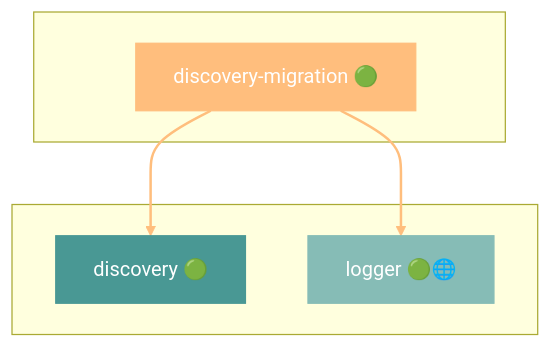
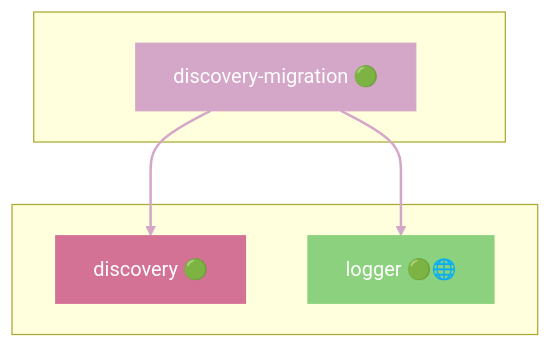
One commit to grest-ts/grest-ts changed diagram 19 of 48 in docs/DEPENDENCIES.md. Above: the diagram before and after it, drawn with Mermaid. The commit also changed other lines of this file and 62 other files, not shown here.

````diff
--- a/docs/DEPENDENCIES.md
+++ b/docs/DEPENDENCIES.md
@@ -1039,17 +1079,17 @@
 ```mermaid
 flowchart TB
     subgraph Package[" "]
         discovery-migration["discovery-migration 🟢"]
     end
     subgraph Dependencies[" "]
         discovery["discovery 🟢"]
         logger["logger 🟢🌐"]
     end
     discovery-migration --> discovery
     discovery-migration --> logger
-    style discovery-migration fill:#FFBE7D,stroke:#FFBE7D,color:#fff
-    style discovery fill:#499894,stroke:#499894,color:#fff
-    style logger fill:#86BCB6,stroke:#86BCB6,color:#fff
-    linkStyle 0 stroke:#FFBE7D,stroke-width:2px
-    linkStyle 1 stroke:#FFBE7D,stroke-width:2px
+    style discovery-migration fill:#D4A6C8,stroke:#D4A6C8,color:#fff
+    style discovery fill:#D37295,stroke:#D37295,color:#fff
+    style logger fill:#8CD17D,stroke:#8CD17D,color:#fff
+    linkStyle 0 stroke:#D4A6C8,stroke-width:2px
+    linkStyle 1 stroke:#D4A6C8,stroke-width:2px
 ```
````
